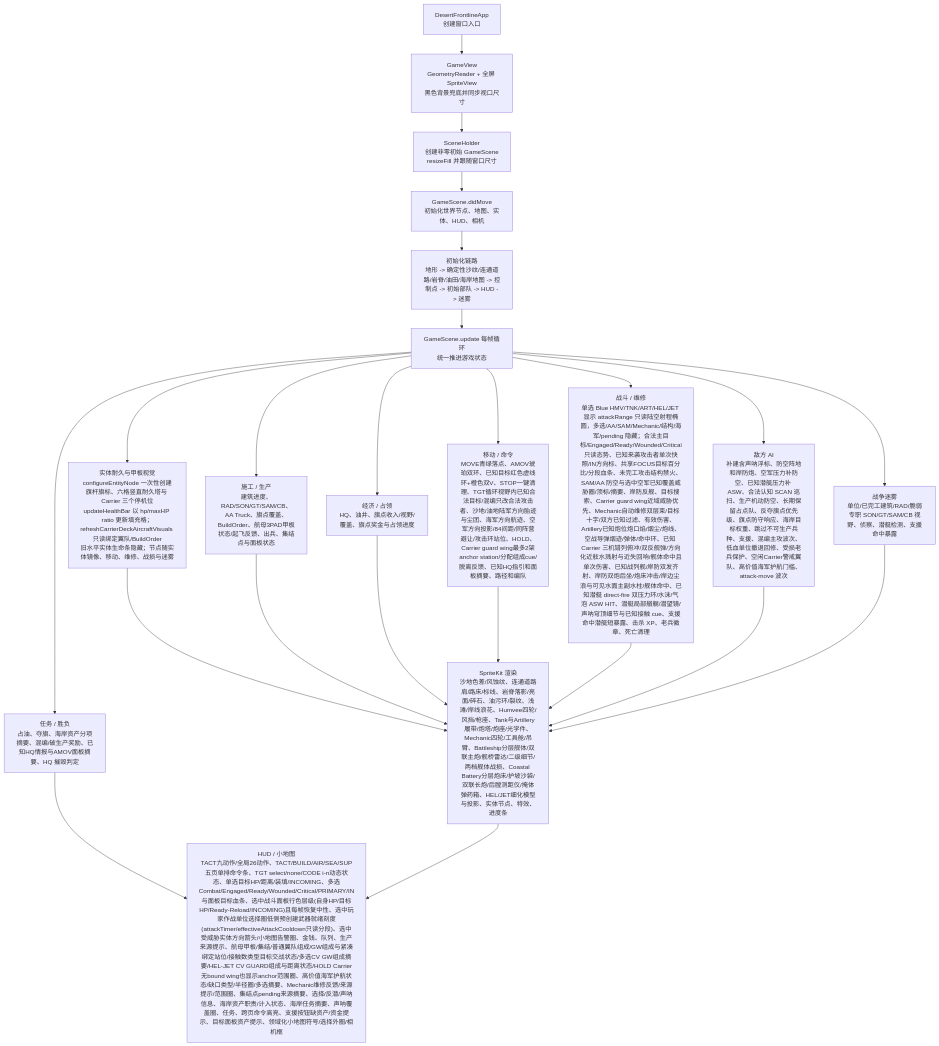
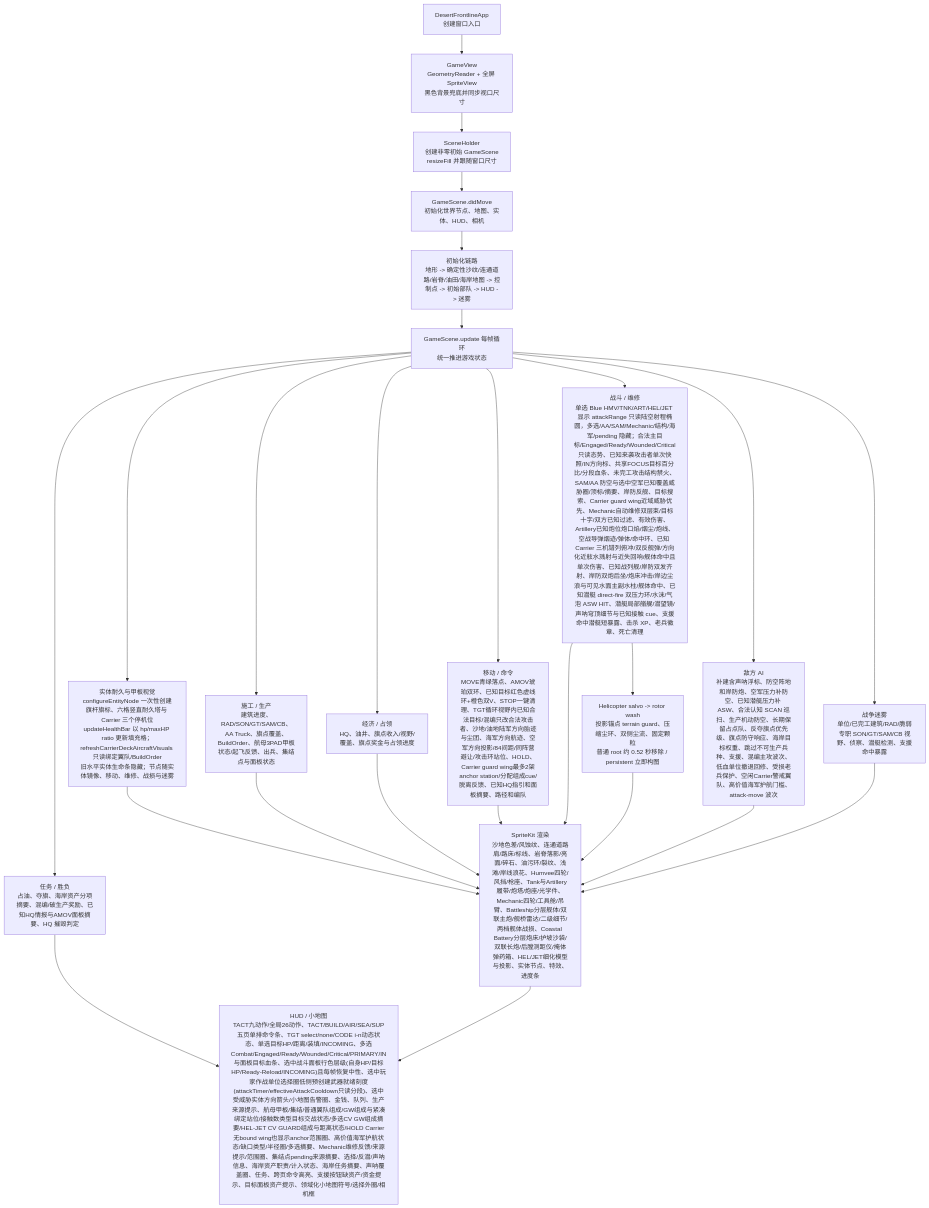
The first of 3 diagrams in md/flow/flowchart.md (Altman-sam114/1145), drawn with Mermaid before and after one commit. The commit also changed other lines of this file and 4 other files, not shown here.

````diff
--- a/md/flow/flowchart.md
+++ b/md/flow/flowchart.md
@@ -11,25 +13,27 @@
 ```mermaid
 flowchart TD
   App["DesertFrontlineApp\n创建窗口入口"] --> View["GameView\nGeometryReader + 全屏 SpriteView\n黑色背景兜底并同步视口尺寸"]
   View --> Holder["SceneHolder\n创建非零初始 GameScene\nresizeFill 并跟随窗口尺寸"]
   Holder --> Scene["GameScene.didMove\n初始化世界节点、地图、实体、HUD、相机"]
   Scene --> Init["初始化链路\n地形 -> 确定性沙纹/连通道路/岩脊/油田/海岸地图 -> 控制点 -> 初始部队 -> HUD -> 迷雾"]
   Init --> Loop["GameScene.update 每帧循环\n统一推进游戏状态"]
   Loop --> Build["施工 / 生产\n建筑进度、RAD/SON/GT/SAM/CB、AA Truck、旗点覆盖、BuildOrder、航母3PAD甲板状态/起飞反馈、出兵、集结点与面板状态"]
   Loop --> Economy["经济 / 占领\nHQ、油井、旗点收入/视野/覆盖、旗点奖金与占领进度"]
   Loop --> Commands["移动 / 命令\nMOVE青绿落点、AMOV琥珀双环、已知目标红色虚线环+橙色双V、STOP一键清理、TGT循环视野内已知合法目标/混编只改合法攻击者、沙地/油地陆军方向胎迹与尘团、海军方向航迹、空军方向投影/84间距/同阵营避让/攻击环站位、HOLD、Carrier guard wing最多2架anchor station/分配组成cue/脱离反馈、已知HQ指引和面板摘要、路径和编队"]
   Loop --> Combat["战斗 / 维修\n单选 Blue HMV/TNK/ART/HEL/JET 显示 attackRange 只读陆空射程椭圆，多选/AA/SAM/Mechanic/结构/海军/pending 隐藏；合法主目标/Engaged/Ready/Wounded/Critical只读态势、已知来袭攻击者单次快照/IN方向标、共享FOCUS目标百分比/分段血条、未完工攻击结构禁火、SAM/AA 防空与选中空军已知覆盖威胁圈/顶标/摘要、岸防反舰、目标搜索、Carrier guard wing近域威胁优先、Mechanic自动维修双层束/目标十字/双方已知过滤、有效伤害、Artillery已知炮位炮口焰/烟尘/炮线、空战导弹烟迹/弹体/命中环、已知 Carrier 三机错列俯冲/双反舰弹/方向化近舷水溅射与近失回响/舰体命中且单次伤害、已知战列舰/岸防双发齐射、岸防双炮后坐/炮床冲击/岸边尘浪与可见水面主副水柱/舰体命中、已知潜艇 direct-fire 双压力环/水沫/气泡 ASW HIT、潜艇局部艏艉/潜望镜/声呐穹顶细节与已知接触 cue、支援命中潜艇短暴露、击杀 XP、老兵徽章、死亡清理"]
   Loop --> HealthVisual["实体耐久与甲板视觉\nconfigureEntityNode 一次性创建旗杆旗标、六格竖直耐久塔与 Carrier 三个停机位\nupdateHealthBar 以 hp/maxHP ratio 更新填充格；refreshCarrierDeckAircraftVisuals 只读绑定翼队/BuildOrder\n旧水平实体生命条隐藏；节点随实体镜像、移动、维修、战损与迷雾"]
   HealthVisual --> Render
   Loop --> AI["敌方 AI\n补建含声呐浮标、防空阵地和岸防炮、空军压力补防空、已知潜艇压力补 ASW、合法认知 SCAN 巡扫、生产机动防空、长期保留占点队、反夺旗点优先级、旗点防守响应、海岸目标权重、跳过不可生产兵种、支援、混编主攻波次、低血单位撤退回修、受损老兵保护、空闲Carrier警戒翼队、高价值海军护航门槛、attack-move 波次"]
   Loop --> Fog["战争迷雾\n单位/已完工建筑/RAD/脆弱专职 SON/GT/SAM/CB 视野、侦察、潜艇检测、支援命中暴露"]
   Loop --> Mission["任务 / 胜负\n占油、夺旗、海岸资产分项摘要、混编/破生产奖励、已知HQ情报与AMOV面板摘要、HQ 摧毁判定"]
   Build --> Render["SpriteKit 渲染\n沙地色差/风蚀纹、连通道路肩/路床/标线、岩脊落影/亮面/碎石、油污环/裂纹、浅滩/岸线浪花、Humvee四轮/风挡/枪座、Tank与Artillery履带/炮塔/炮座/光学件、Mechanic四轮/工具舱/吊臂、Battleship分层舰体/双联主炮/舰桥雷达/二级细节/两档舰体战损、Coastal Battery分层炮床/护坡沙袋/双联长炮/后膛测距仪/掩体弹药箱、HEL/JET细化模型与投影、实体节点、特效、进度条"]
   Economy --> Render
   Commands --> Render
   Combat --> Render
+  Combat --> RotorWash["Helicopter salvo -> rotor wash\n投影锚点 terrain guard、压缩尘环、双侧尘流、固定颗粒\n普通 root 约 0.52 秒移除 / persistent 立即构图"]
+  RotorWash --> Render
   AI --> Render
   Fog --> Render
   Mission --> HUD["HUD / 小地图\nTACT九动作/全局26动作、TACT/BUILD/AIR/SEA/SUP五页单排命令条、TGT select/none/CODE i-n动态状态、单选目标HP/距离/装填/INCOMING、多选Combat/Engaged/Ready/Wounded/Critical/PRIMARY/IN与面板目标血条、选中战斗面板行色层级(自身HP/目标HP/Ready-Reload/INCOMING)且每帧恢复中性、选中玩家作战单位选择圈低侧预创建武器就绪刻度(attackTimer/effectiveAttackCooldown只读分段)、选中受威胁实体方向箭头/小地图告警圈、金钱、队列、生产来源提示、航母甲板/集结/普通翼队组成/GW组成与紧凑绑定站位/接触数类型目标交战状态/多选CV GW组成摘要/HEL-JET CV GUARD组成与距离状态/HOLD Carrier无bound wing也显示anchor范围圈、高价值海军护航状态/缺口类型/半径圈/多选摘要、Mechanic维修反馈/来源提示/范围圈、集结点pending来源摘要、选择/反潜/声呐信息、海岸资产职责/计入状态、海岸任务摘要、声呐覆盖圈、任务、跨页命令高亮、支援按钮缺资产/资金提示、目标面板资产提示、领域化小地图符号/选择外圈/相机框"]
   Render --> HUD
 ```
````
